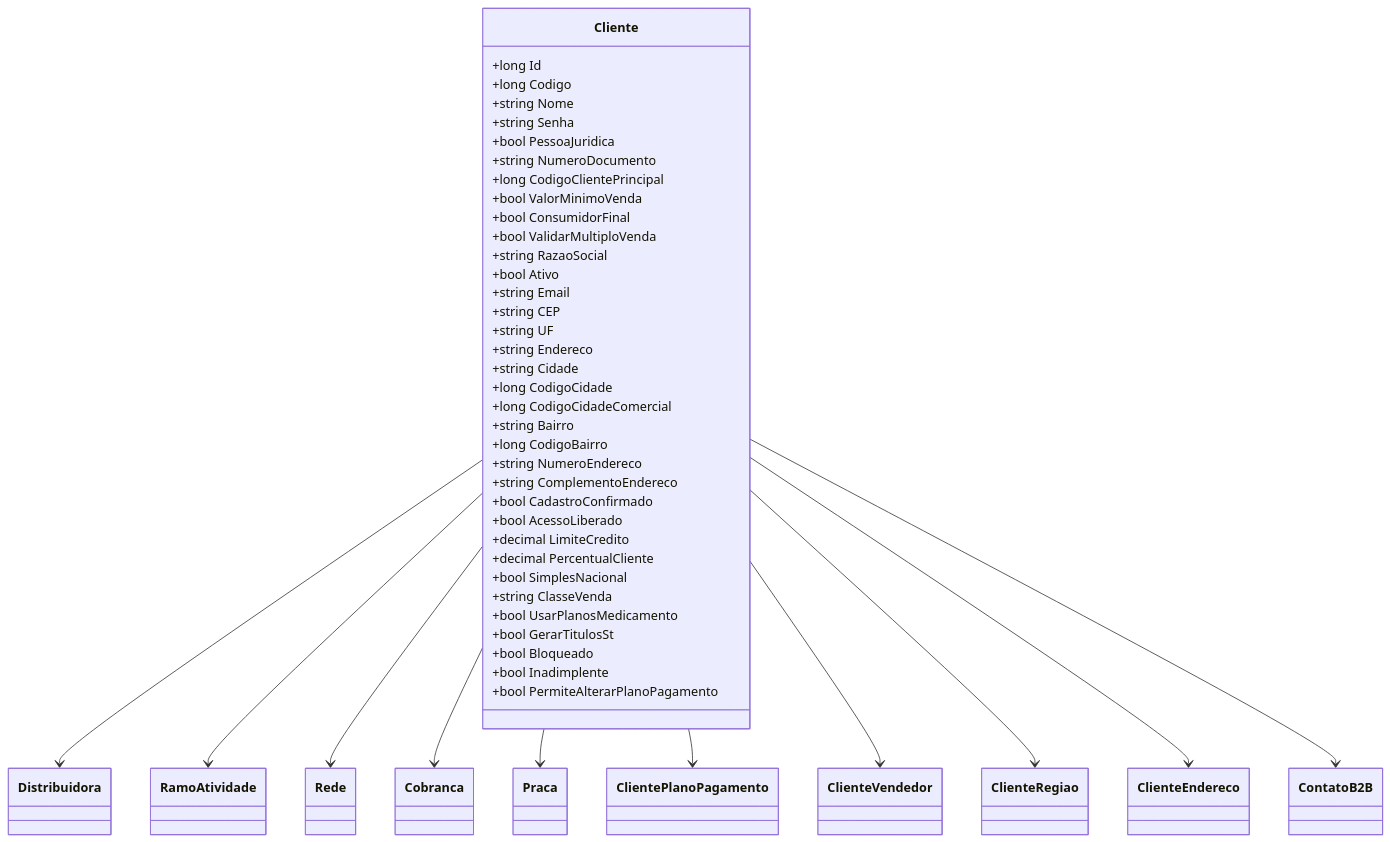
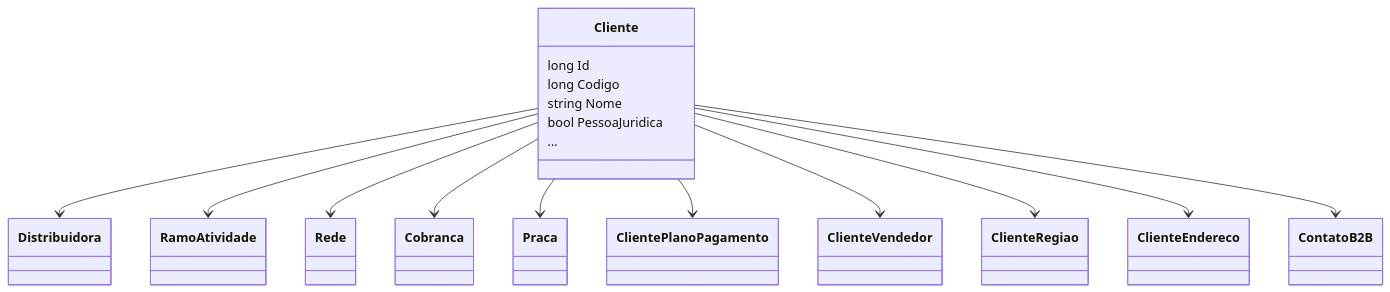
The second of 2 diagrams in docs/b2b-dominio/IsthmusWinthor.Nucleo/IsthmusWinthor.Dominio/Entidades/Cliente.md (IsthmusSistemas/documentacao-tecnica), drawn with Mermaid before and after one commit. The commit also changed other lines of this file and 882 other files, not shown here.

````diff
--- a/docs/b2b-dominio/IsthmusWinthor.Nucleo/IsthmusWinthor.Dominio/Entidades/Cliente.md
+++ b/docs/b2b-dominio/IsthmusWinthor.Nucleo/IsthmusWinthor.Dominio/Entidades/Cliente.md
@@ -47,61 +48,32 @@
 ```mermaid
 classDiagram
     class Cliente {
-        +long Id
-        +long Codigo
-        +string Nome
-        +string Senha
-        +bool PessoaJuridica
-        +string NumeroDocumento
-        +long CodigoClientePrincipal
-        +bool ValorMinimoVenda
-        +bool ConsumidorFinal
-        +bool ValidarMultiploVenda
-        +string RazaoSocial
-        +bool Ativo
-        +string Email
-        +string CEP
-        +string UF
-        +string Endereco
-        +string Cidade
-        +long CodigoCidade
-        +long CodigoCidadeComercial
-        +string Bairro
-        +long CodigoBairro
-        +string NumeroEndereco
-        +string ComplementoEndereco
-        +bool CadastroConfirmado
-        +bool AcessoLiberado
-        +decimal LimiteCredito
-        +decimal PercentualCliente
-        +bool SimplesNacional
-        +string ClasseVenda
-        +bool UsarPlanosMedicamento
-        +bool GerarTitulosSt
-        +bool Bloqueado
-        +bool Inadimplente
-        +bool PermiteAlterarPlanoPagamento
+        long Id
+        long Codigo
+        string Nome
+        bool PessoaJuridica
+        ...
     }
 
     class Distribuidora
     class RamoAtividade
     class Rede
     class Cobranca
     class Praca
     class ClientePlanoPagamento
     class ClienteVendedor
     class ClienteRegiao
     class ClienteEndereco
     class ContatoB2B
 
     Cliente --> Distribuidora
     Cliente --> RamoAtividade
     Cliente --> Rede
     Cliente --> Cobranca
     Cliente --> Praca
     Cliente --> ClientePlanoPagamento
     Cliente --> ClienteVendedor
     Cliente --> ClienteRegiao
     Cliente --> ClienteEndereco
     Cliente --> ContatoB2B
 ```
````
